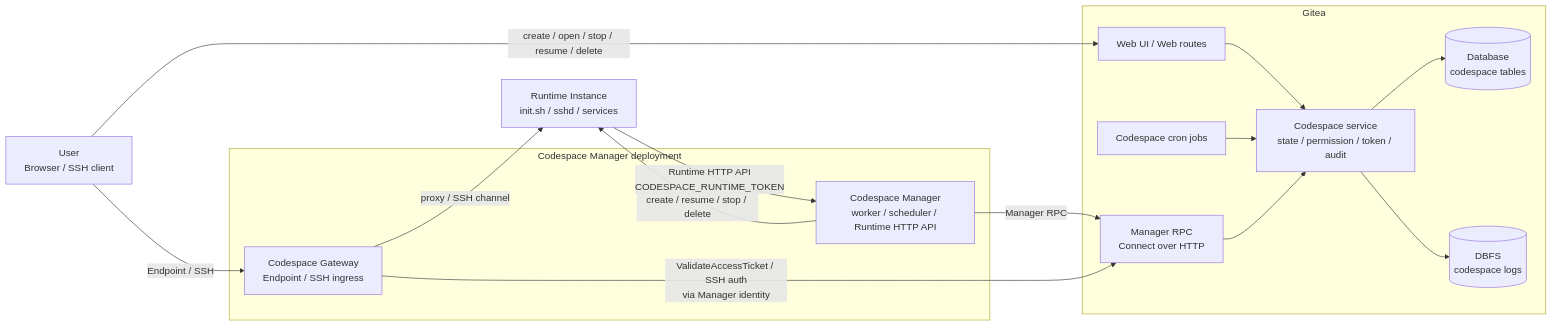
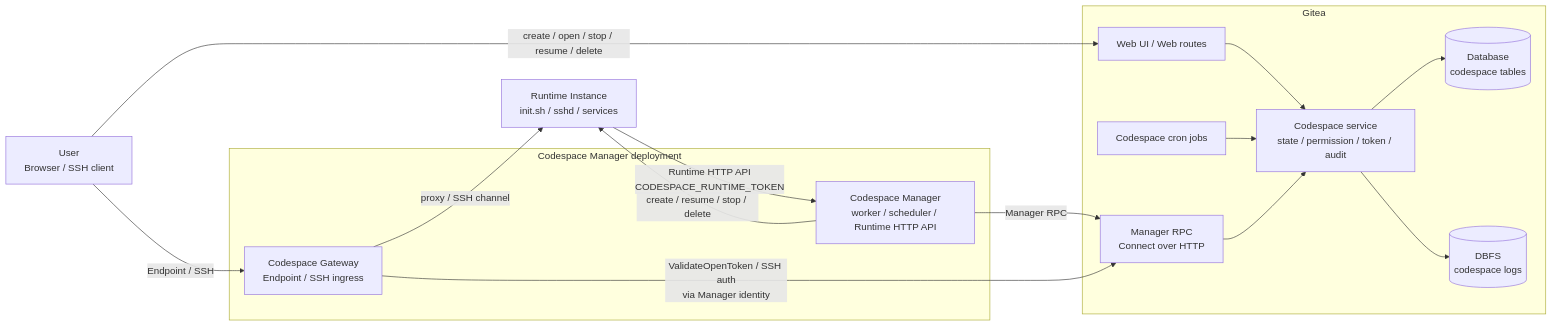
The first of 5 diagrams in README.md (ExplodingDragon/gitea-dev), drawn with Mermaid before and after one commit. The commit also changed other lines of this file, not shown here.

````diff
--- a/README.md
+++ b/README.md
@@ -42,37 +42,37 @@
 ```mermaid
 flowchart LR
     User["User<br/>Browser / SSH client"]
 
     subgraph Gitea["Gitea"]
         Web["Web UI / Web routes"]
         ManagerRPC["Manager RPC<br/>Connect over HTTP"]
         Service["Codespace service<br/>state / permission / token / audit"]
         Cron["Codespace cron jobs"]
         DB[("Database<br/>codespace tables")]
         DBFS[("DBFS<br/>codespace logs")]
     end
 
     subgraph ManagerDeployment["Codespace Manager deployment"]
         Manager["Codespace Manager<br/>worker / scheduler / Runtime HTTP API"]
         Gateway["Codespace Gateway<br/>Endpoint / SSH ingress"]
     end
 
     Runtime["Runtime Instance<br/>init.sh / sshd / services"]
 
     User -->|"create / open / stop / resume / delete"| Web
     User -->|"Endpoint / SSH"| Gateway
 
     Web --> Service
     Service --> DB
     Service --> DBFS
     Cron --> Service
 
     Manager -->|"Manager RPC"| ManagerRPC
     ManagerRPC --> Service
 
     Runtime -->|"Runtime HTTP API<br/>CODESPACE_RUNTIME_TOKEN"| Manager
     Manager -->|"create / resume / stop / delete"| Runtime
 
-    Gateway -->|"ValidateAccessTicket / SSH auth<br/>via Manager identity"| ManagerRPC
+    Gateway -->|"ValidateOpenToken / SSH auth<br/>via Manager identity"| ManagerRPC
     Gateway -->|"proxy / SSH channel"| Runtime
 ```
````
